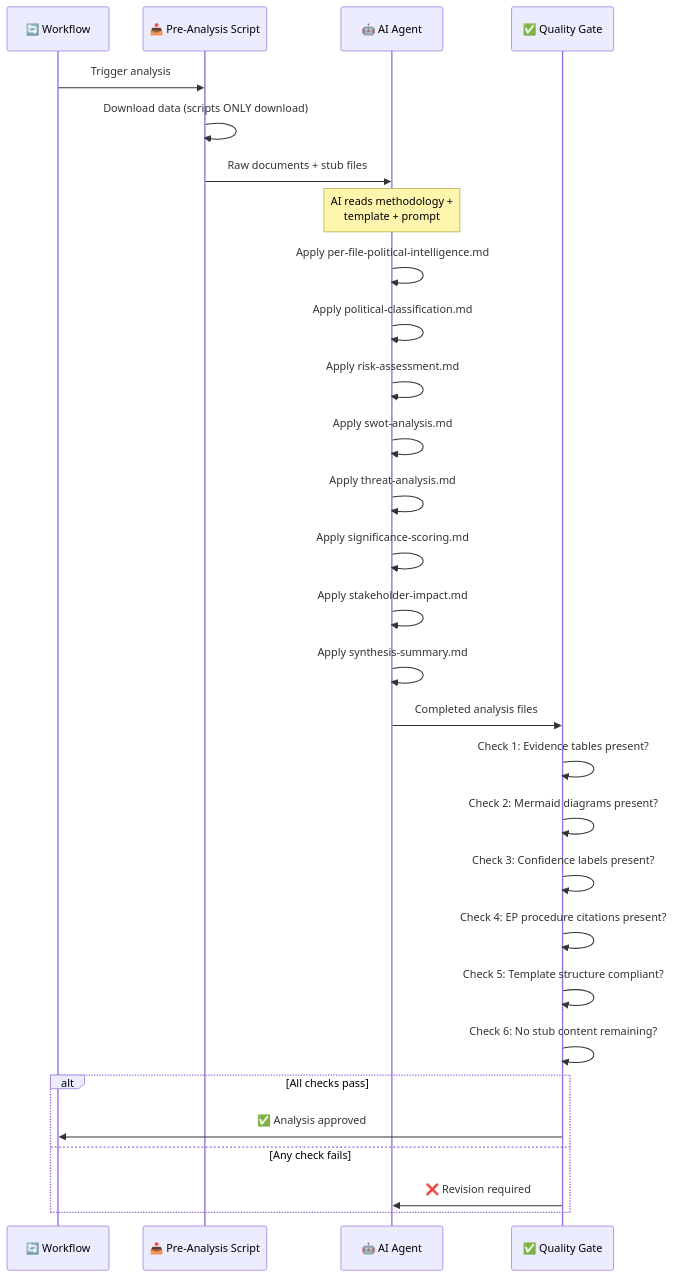
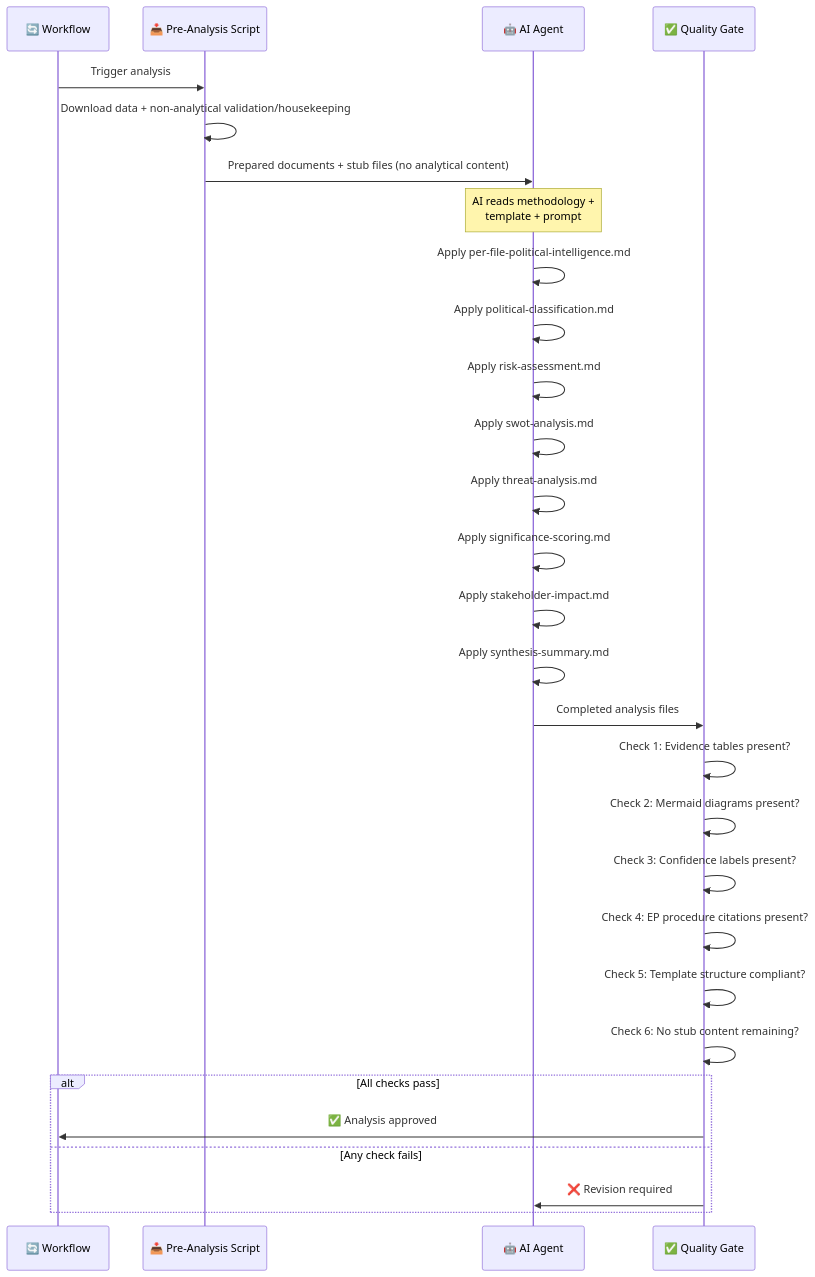
The third of 16 diagrams in analysis/templates/README.md (Hack23/euparliamentmonitor), drawn with Mermaid before and after one commit. The commit also changed 5 other files, not shown here.

````diff
--- a/analysis/templates/README.md
+++ b/analysis/templates/README.md
@@ -169,37 +169,37 @@
 ```mermaid
 sequenceDiagram
     participant WF as 🔄 Workflow
     participant PRE as 📥 Pre-Analysis Script
     participant AI as 🤖 AI Agent
     participant QG as ✅ Quality Gate
 
     WF->>PRE: Trigger analysis
-    PRE->>PRE: Download data (scripts ONLY download)
-    PRE->>AI: Raw documents + stub files
+    PRE->>PRE: Download data + non-analytical validation/housekeeping
+    PRE->>AI: Prepared documents + stub files (no analytical content)
 
     Note over AI: AI reads methodology +<br/>template + prompt
 
     AI->>AI: Apply per-file-political-intelligence.md
     AI->>AI: Apply political-classification.md
     AI->>AI: Apply risk-assessment.md
     AI->>AI: Apply swot-analysis.md
     AI->>AI: Apply threat-analysis.md
     AI->>AI: Apply significance-scoring.md
     AI->>AI: Apply stakeholder-impact.md
     AI->>AI: Apply synthesis-summary.md
 
     AI->>QG: Completed analysis files
 
     QG->>QG: Check 1: Evidence tables present?
     QG->>QG: Check 2: Mermaid diagrams present?
     QG->>QG: Check 3: Confidence labels present?
     QG->>QG: Check 4: EP procedure citations present?
     QG->>QG: Check 5: Template structure compliant?
     QG->>QG: Check 6: No stub content remaining?
 
     alt All checks pass
         QG->>WF: ✅ Analysis approved
     else Any check fails
         QG->>AI: ❌ Revision required
     end
 ```
````
